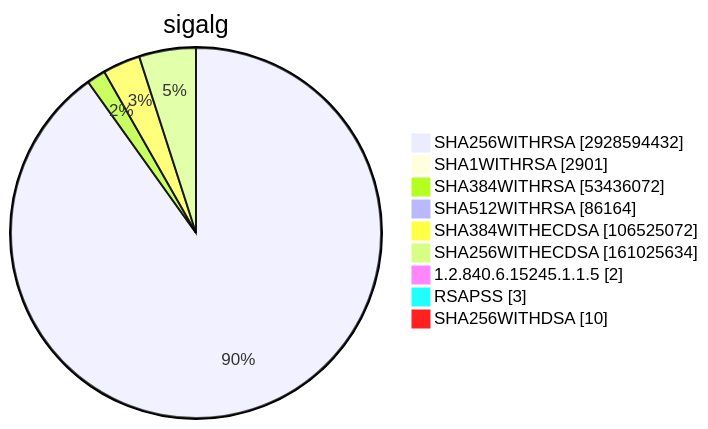
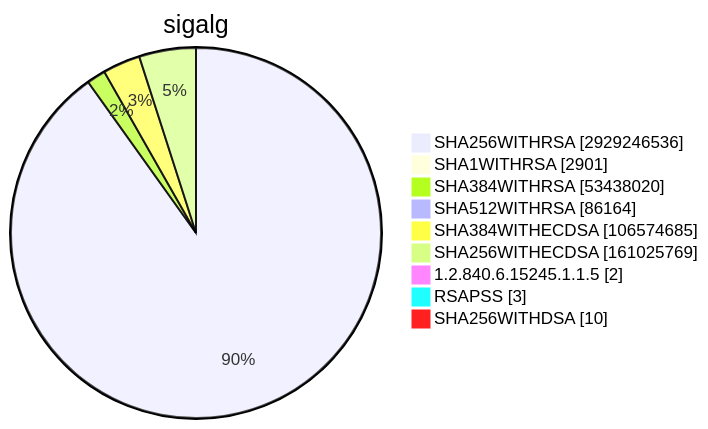
Before and after one commit to christiankrug/ctmonitor_visualization: diagram 15 of 15 in TOTAL/README.md, drawn with Mermaid. The commit also changed other lines of this file, not shown here.

````diff
--- a/TOTAL/README.md
+++ b/TOTAL/README.md
@@ -6207,13 +6207,13 @@
 ```mermaid
 pie showData
 title sigalg
-"SHA256WITHRSA" :2928594432
+"SHA256WITHRSA" :2929246536
 "SHA1WITHRSA" :2901
-"SHA384WITHRSA" :53436072
+"SHA384WITHRSA" :53438020
 "SHA512WITHRSA" :86164
-"SHA384WITHECDSA" :106525072
-"SHA256WITHECDSA" :161025634
+"SHA384WITHECDSA" :106574685
+"SHA256WITHECDSA" :161025769
 "1.2.840.6.15245.1.1.5" :2
 "RSAPSS" :3
 "SHA256WITHDSA" :10
 ```
````
